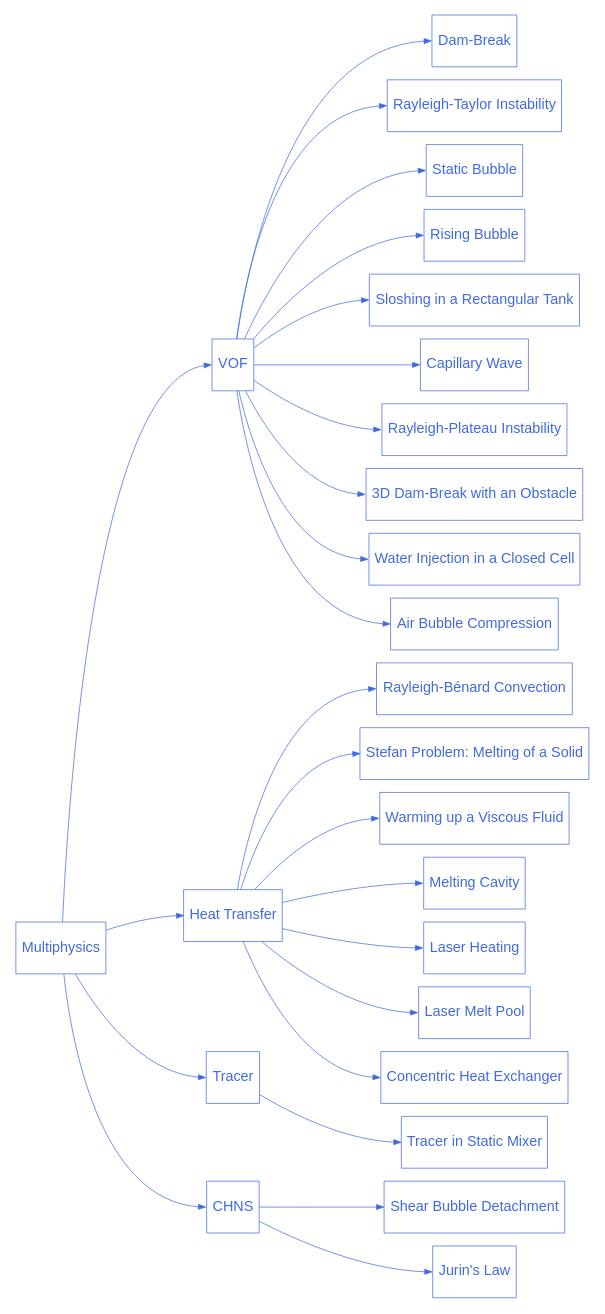
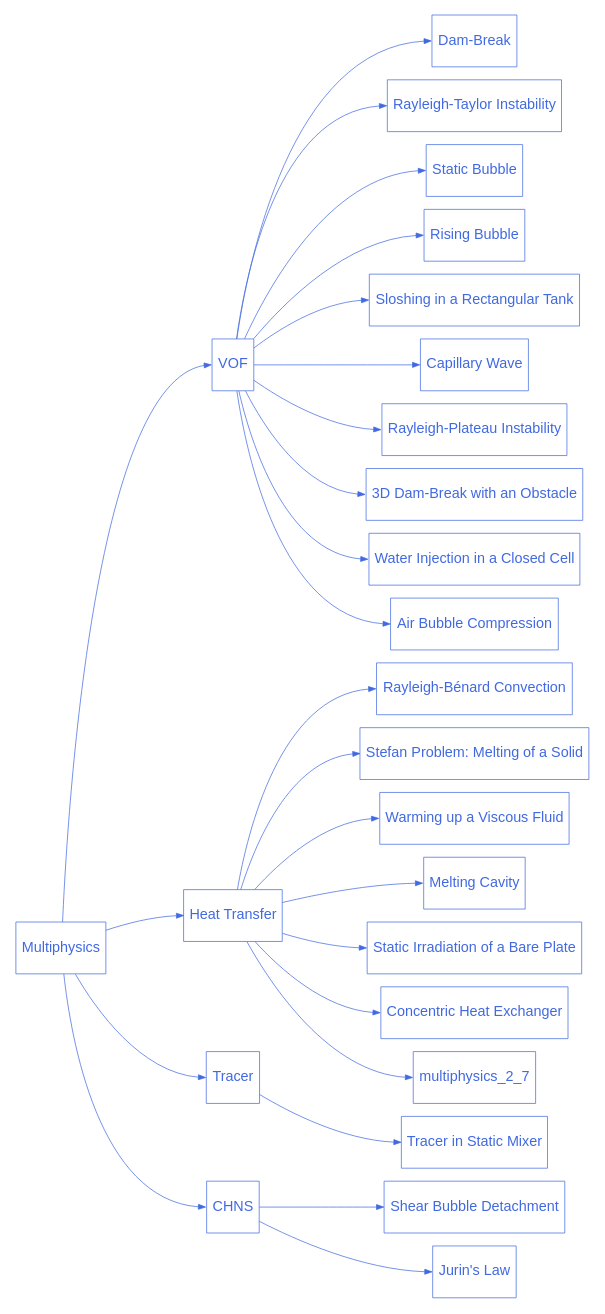
One commit to chaos-polymtl/lethe changed the diagram in doc/source/examples/multiphysics/multiphysics.rst. Above: the diagram before and after it, drawn with Graphviz. The commit also changed 17 other files, not shown here.

First line of the commit message:
Update laser examples (#1378)

```diff
--- a/doc/source/examples/multiphysics/multiphysics.rst
+++ b/doc/source/examples/multiphysics/multiphysics.rst
@@ -54,12 +54,10 @@
       multiphysics_2_3 [label="Warming up a Viscous Fluid", href="https://chaos-polymtl.github.io/lethe/documentation/examples/multiphysics/warming-up-a-viscous-fluid/warming-up-a-viscous-fluid.html"];
 
       multiphysics_2_4 [label="Melting Cavity", href="https://chaos-polymtl.github.io/lethe/documentation/examples/multiphysics/melting-cavity/melting-cavity.html"];
+      
+      multiphysics_2_5 [label="Static Irradiation of a Bare Plate", href="https://chaos-polymtl.github.io/lethe/documentation/examples/multiphysics/static-irradiation/static-irradiation.html"];
 
-      multiphysics_2_5 [label="Laser Heating", href="https://chaos-polymtl.github.io/lethe/documentation/examples/multiphysics/laser-heating/laser-heating.html"];
-
-      multiphysics_2_6 [label="Laser Melt Pool", href="https://chaos-polymtl.github.io/lethe/documentation/examples/multiphysics/laser-melt-pool/laser-melt-pool.html"];
-
-      multiphysics_2_7 [label="Concentric Heat Exchanger", href="https://chaos-polymtl.github.io/lethe/documentation/examples/multiphysics/concentric-heat-exchanger/concentric-heat-exchanger.html"];
+      multiphysics_2_6 [label="Concentric Heat Exchanger", href="https://chaos-polymtl.github.io/lethe/documentation/examples/multiphysics/concentric-heat-exchanger/concentric-heat-exchanger.html"];
 
       multiphysics_3 [label="Tracer", href="https://chaos-polymtl.github.io/lethe/documentation/examples/multiphysics/tracer.html"];  
 
```
